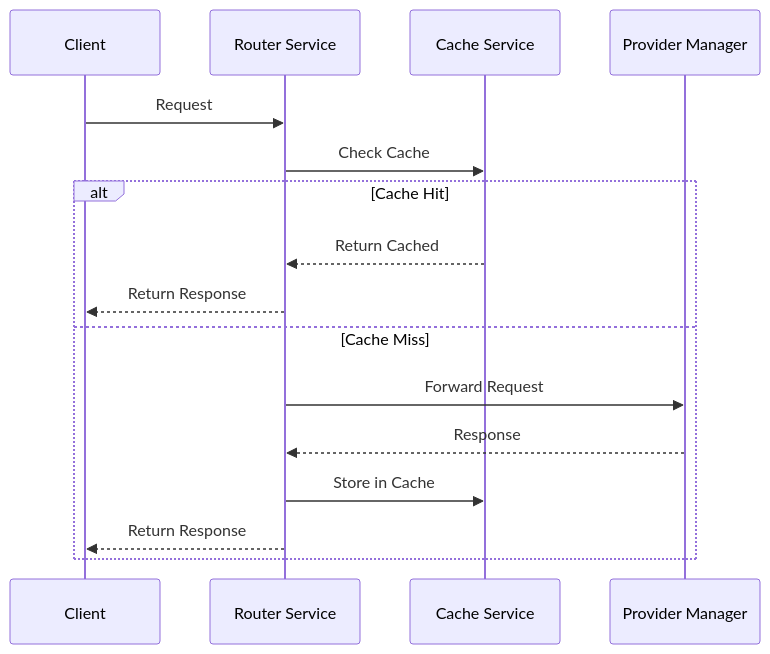
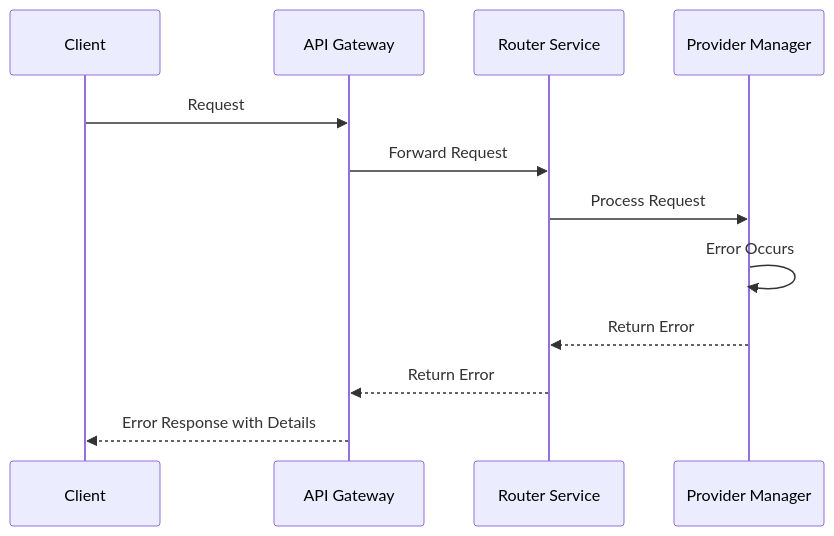
One commit to xrouter-ru/xrouter changed the third of 5 diagrams in docs/architecture/data-flow.md. Above: the diagram before and after it, drawn with Mermaid. The commit also changed other lines of this file, not shown here.

First line of the commit message:
docs: add OAuth flow implementation

````diff
--- a/docs/architecture/data-flow.md
+++ b/docs/architecture/data-flow.md
@@ -213,19 +195,15 @@
 ```mermaid
 sequenceDiagram
     participant Client
+    participant Gateway as API Gateway
     participant Router as Router Service
-    participant Cache as Cache Service
     participant Provider as Provider Manager
     
-    Client->>Router: Request
-    Router->>Cache: Check Cache
-    alt Cache Hit
-        Cache-->>Router: Return Cached
-        Router-->>Client: Return Response
-    else Cache Miss
-        Router->>Provider: Forward Request
-        Provider-->>Router: Response
-        Router->>Cache: Store in Cache
-        Router-->>Client: Return Response
-    end
+    Client->>Gateway: Request
+    Gateway->>Router: Forward Request
+    Router->>Provider: Process Request
+    Provider->>Provider: Error Occurs
+    Provider-->>Router: Return Error
+    Router-->>Gateway: Return Error
+    Gateway-->>Client: Error Response with Details
 ```
````
